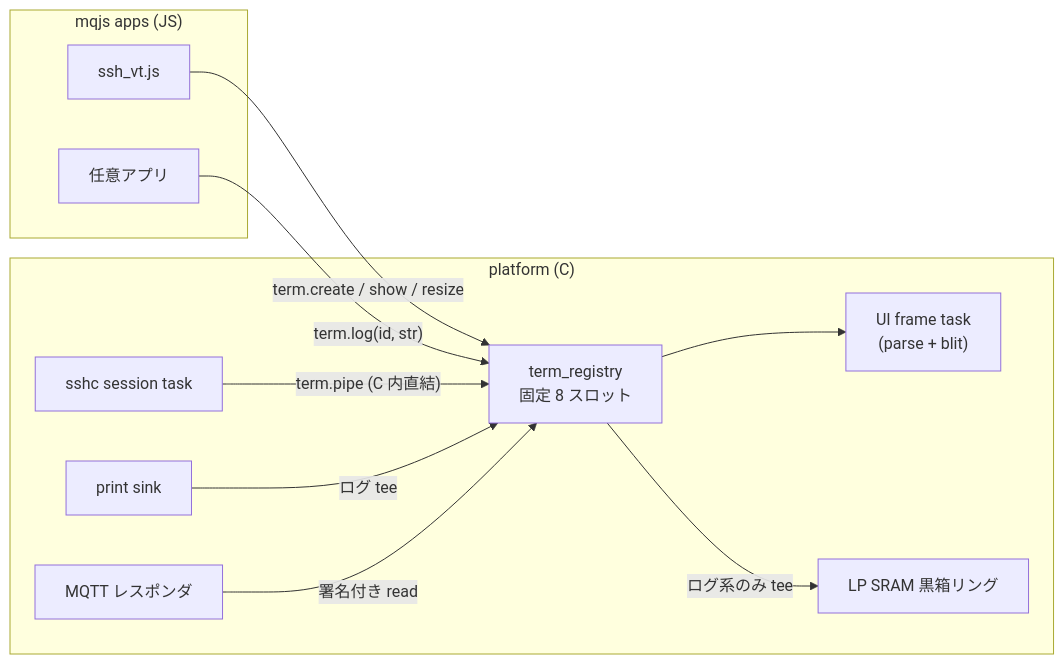
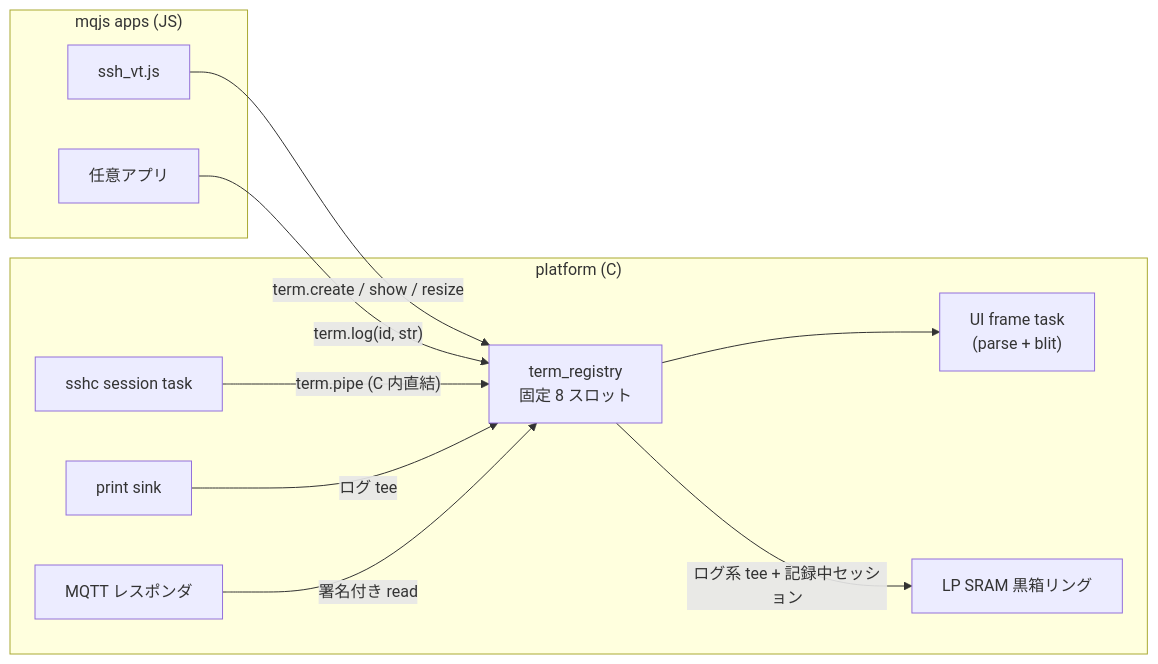
The diagram in docs/term-design.md (dj-oyu/esp32p4-mqjs), drawn with Mermaid before and after one commit. The commit also changed other lines of this file and 14 other files, not shown here.

````diff
--- a/docs/term-design.md
+++ b/docs/term-design.md
@@ -44,22 +44,22 @@
 ```mermaid
 flowchart LR
     subgraph apps["mqjs apps (JS)"]
         A1["ssh_vt.js"]
         A2["任意アプリ"]
     end
     subgraph plat["platform (C)"]
         REG["term_registry\n固定 8 スロット"]
         SSH["sshc session task"]
         SINK["print sink"]
         UI["UI frame task\n(parse + blit)"]
         MQ["MQTT レスポンダ"]
         LP["LP SRAM 黒箱リング"]
     end
     A1 -- "term.create / show / resize" --> REG
     A2 -- "term.log(id, str)" --> REG
     SSH -- "term.pipe (C 内直結)" --> REG
     SINK -- "ログ tee" --> REG
     REG --> UI
-    REG -- "ログ系のみ tee" --> LP
+    REG -- "ログ系 tee + 記録中セッション" --> LP
     MQ -- "署名付き read" --> REG
 ```
````
